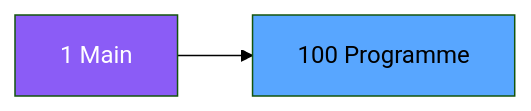
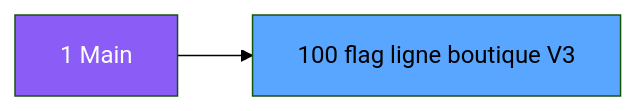
One commit to thonyAGP/magic-migration changed the second of 3 diagrams in .openspec/specs/ADH-IDE-100.md. Above: the diagram before and after it, drawn with Mermaid (forest theme). The commit also changed other lines of this file and 323 other files, not shown here.

````diff
--- a/.openspec/specs/ADH-IDE-100.md
+++ b/.openspec/specs/ADH-IDE-100.md
@@ -98,8 +108,8 @@
 ```mermaid
 graph LR
     M[1 Main]
-    T[100 Programme]
+    T[100 flag ligne boutique V3]
     M --> T
     style M fill:#8b5cf6,color:#fff
     style T fill:#58a6ff,color:#000
 ```
````
